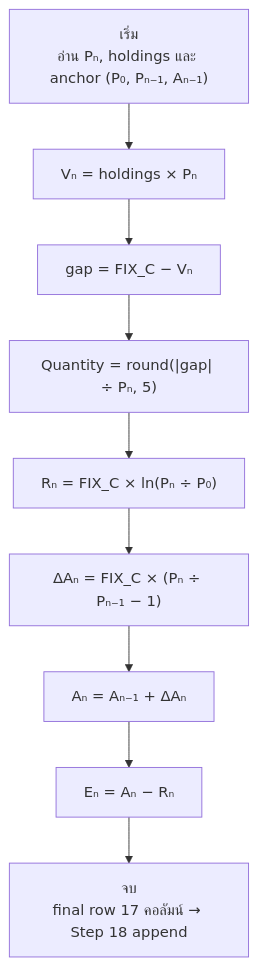
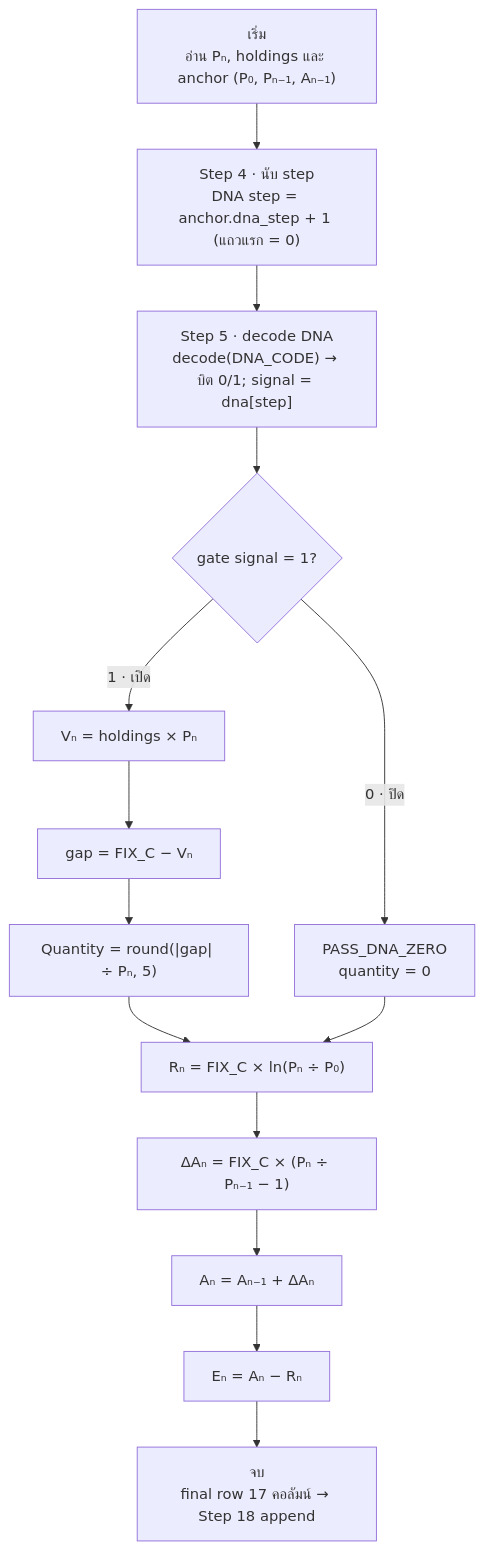
The first of 2 diagrams in .claude/skills/lego-equation-flowchart/SKILL.md (firstnattapon/leg-code), drawn with Mermaid before and after one commit. The commit also changed other lines of this file and 1 other file, not shown here.

First line of the commit message:
Restore the DNA gate principle in flowchart and explainer

````diff
--- a/.claude/skills/lego-equation-flowchart/SKILL.md
+++ b/.claude/skills/lego-equation-flowchart/SKILL.md
@@ -33,11 +34,16 @@
 ```mermaid
 flowchart TD
-    S["เริ่ม<br/>อ่าน Pₙ, holdings และ anchor (P₀, Pₙ₋₁, Aₙ₋₁)"] --> V["Vₙ = holdings × Pₙ"]
+    S["เริ่ม<br/>อ่าน Pₙ, holdings และ anchor (P₀, Pₙ₋₁, Aₙ₋₁)"] --> ST["Step 4 · นับ step<br/>DNA step = anchor.dna_step + 1 (แถวแรก = 0)"]
+    ST --> DE["Step 5 · decode DNA<br/>decode(DNA_CODE) → บิต 0/1; signal = dna[step]"]
+    DE --> GT{"gate signal = 1?"}
+    GT -- "0 · ปิด" --> PZ["PASS_DNA_ZERO<br/>quantity = 0"]
+    GT -- "1 · เปิด" --> V["Vₙ = holdings × Pₙ"]
     V --> G["gap = FIX_C − Vₙ"]
     G --> Q["Quantity = round(|gap| ÷ Pₙ, 5)"]
     Q --> R["Rₙ = FIX_C × ln(Pₙ ÷ P₀)"]
+    PZ --> R
     R --> DA["ΔAₙ = FIX_C × (Pₙ ÷ Pₙ₋₁ − 1)"]
     DA --> A["Aₙ = Aₙ₋₁ + ΔAₙ"]
     A --> E["Eₙ = Aₙ − Rₙ"]
     E --> F["จบ<br/>final row 17 คอลัมน์ → Step 18 append"]
 ```
````
